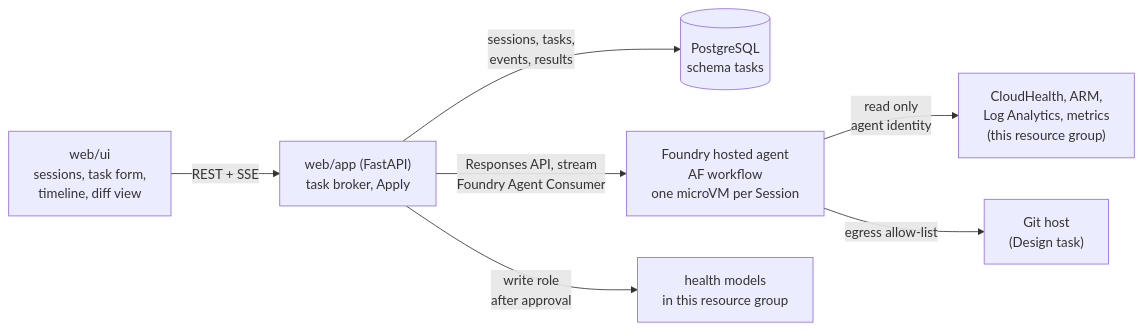
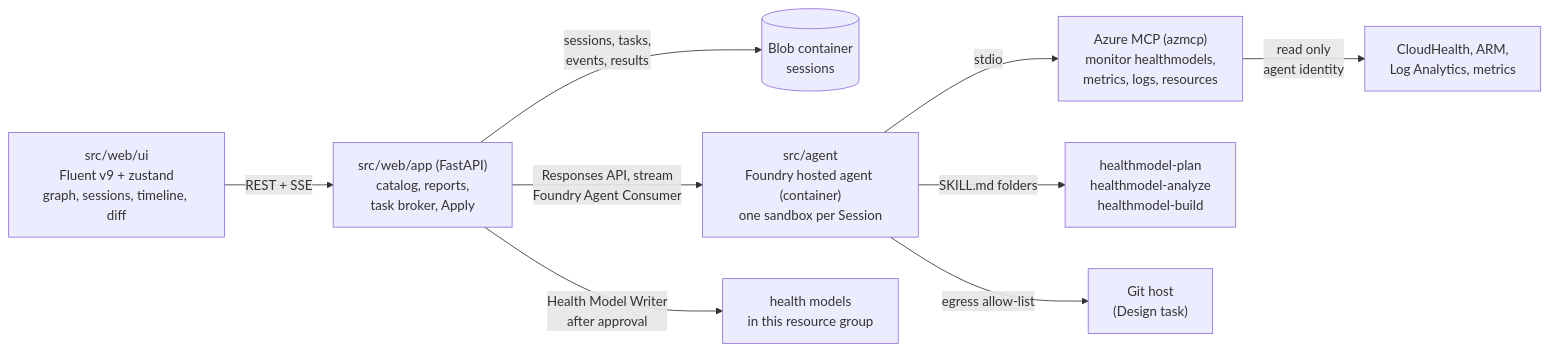
One commit to abossard/ahm-model-demo changed the first of 2 diagrams in docs/redesign/plan.md. Above: the diagram before and after it, drawn with Mermaid. The commit also changed other lines of this file and 296 other files, not shown here.

First line of the commit message:
feat: streamline to one web app and a Foundry hosted agent with Entra sign-in

````diff
--- a/docs/redesign/plan.md
+++ b/docs/redesign/plan.md
@@ -9,9 +10,11 @@
 ```mermaid
 flowchart LR
-  UI["web/ui<br/>sessions, task form,<br/>timeline, diff view"] -->|"REST + SSE"| WEB["web/app (FastAPI)<br/>task broker, Apply"]
-  WEB -->|"sessions, tasks,<br/>events, results"| PG[("PostgreSQL<br/>schema tasks")]
-  WEB -->|"Responses API, stream<br/>Foundry Agent Consumer"| HA["Foundry hosted agent<br/>AF workflow<br/>one microVM per Session"]
-  HA -->|"read only<br/>agent identity"| AZ["CloudHealth, ARM,<br/>Log Analytics, metrics<br/>(this resource group)"]
+  UI["src/web/ui<br/>Fluent v9 + zustand<br/>graph, sessions, timeline, diff"] -->|"REST + SSE"| WEB["src/web/app (FastAPI)<br/>catalog, reports,<br/>task broker, Apply"]
+  WEB -->|"sessions, tasks,<br/>events, results"| BLOB[("Blob container<br/>sessions")]
+  WEB -->|"Responses API, stream<br/>Foundry Agent Consumer"| HA["src/agent<br/>Foundry hosted agent (container)<br/>one sandbox per Session"]
+  HA -->|"stdio"| MCP["Azure MCP (azmcp)<br/>monitor healthmodels,<br/>metrics, logs, resources"]
+  HA -->|"SKILL.md folders"| SK["healthmodel-plan<br/>healthmodel-analyze<br/>healthmodel-build"]
+  MCP -->|"read only<br/>agent identity"| AZ["CloudHealth, ARM,<br/>Log Analytics, metrics"]
   HA -->|"egress allow-list"| GIT["Git host<br/>(Design task)"]
-  WEB -->|"write role<br/>after approval"| HM["health models<br/>in this resource group"]
+  WEB -->|"Health Model Writer<br/>after approval"| HM["health models<br/>in this resource group"]
 ```
````
